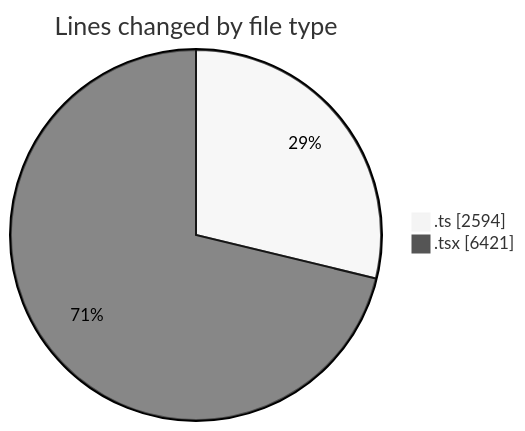
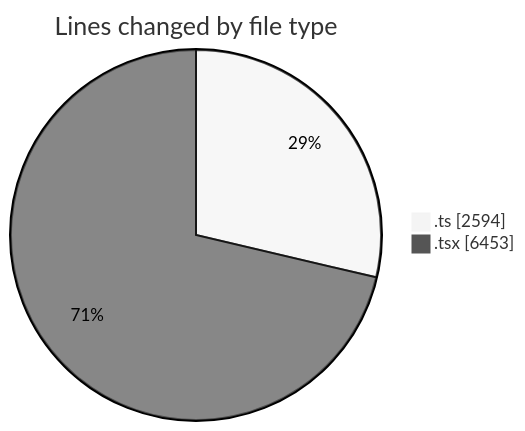
Before and after one commit to momahboobian/code-tracking: the first of 2 diagrams in 2025-07-01/cda/README.md, drawn with Mermaid (neutral theme). The commit also changed other lines of this file and 1 other file, not shown here.

````diff
--- a/2025-07-01/cda/README.md
+++ b/2025-07-01/cda/README.md
@@ -44,6 +44,6 @@
 ```mermaid
 pie showData
 title Lines changed by file type
 ".ts" : 2594
-".tsx" : 6421
+".tsx" : 6453
 ```
````
